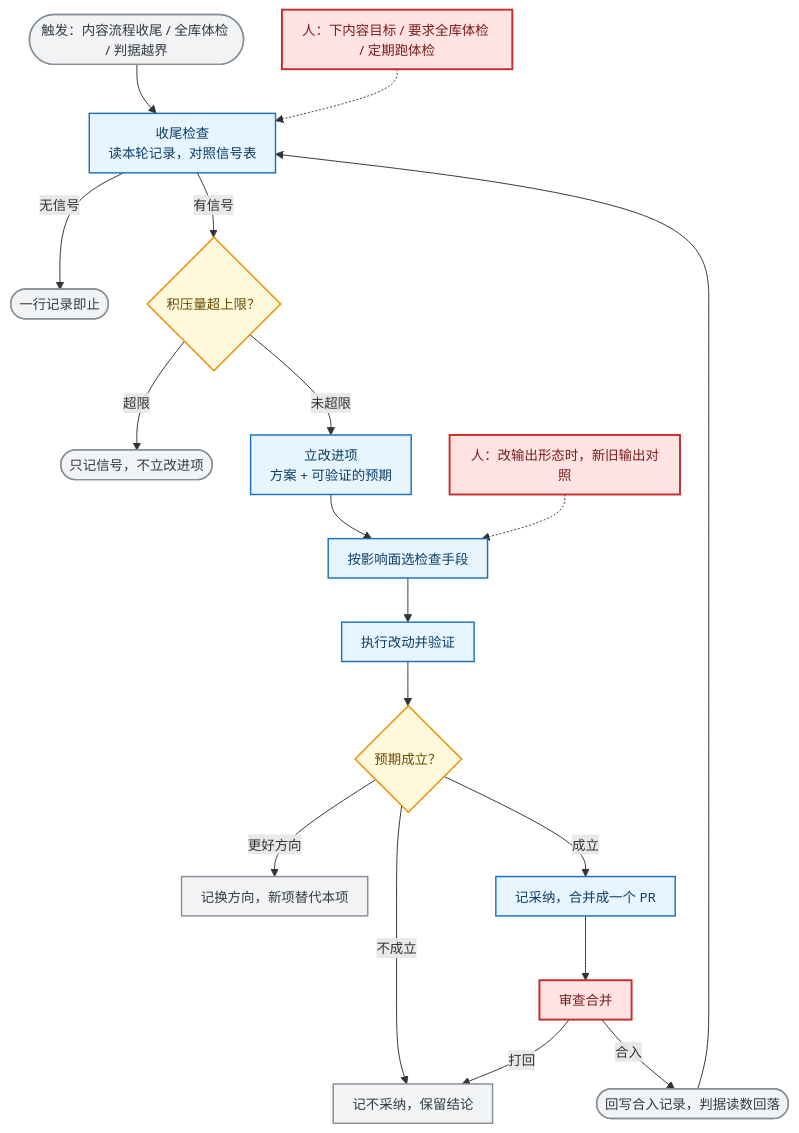
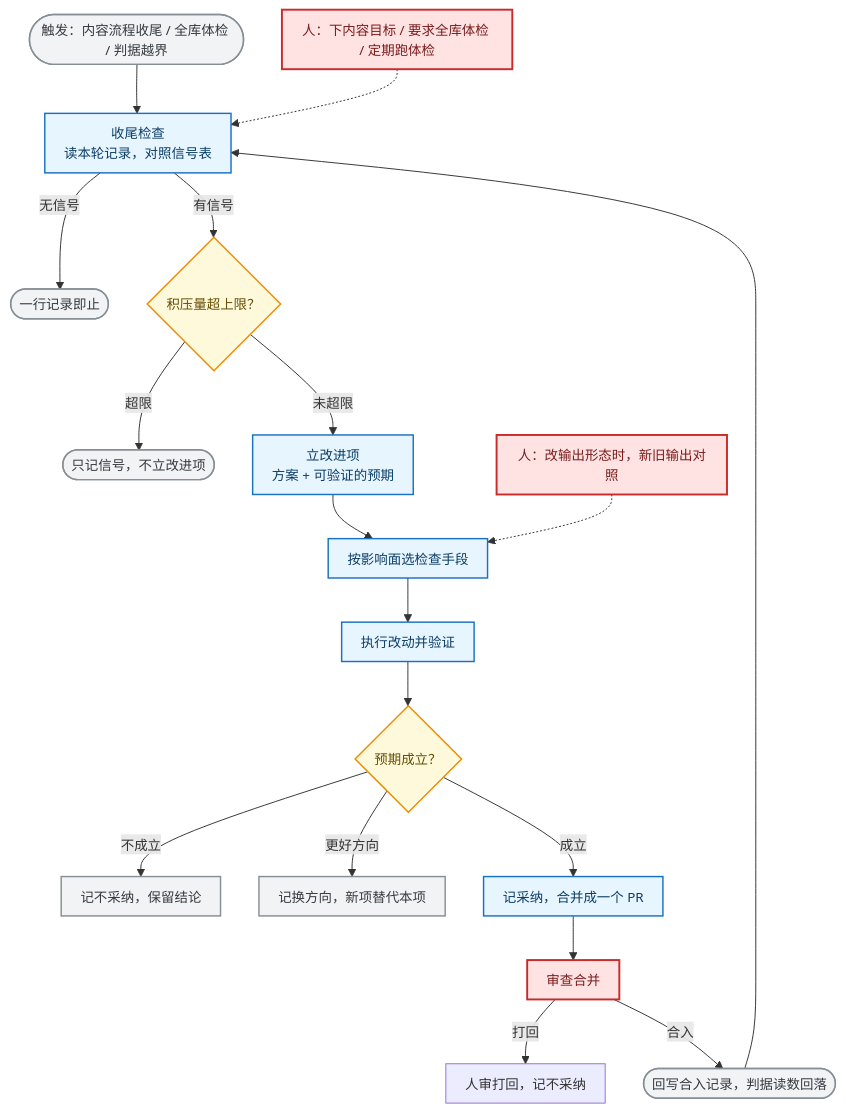
One commit to pillumina/ascend-sleuth changed the second of 3 diagrams in docs/mechanism/rsi-mechanism.md. Above: the diagram before and after it, drawn with Mermaid. The commit also changed other lines of this file, not shown here.

Commit message:
docs(机制): rsi-mechanism.md 收尾修正（三种终局点名、§8 拆句去粗体、图拆框、名词对照补区分）

````diff
--- a/docs/mechanism/rsi-mechanism.md
+++ b/docs/mechanism/rsi-mechanism.md
@@ -92,26 +92,27 @@
 ```mermaid
 %%{init: {'themeVariables':{'fontSize':'14px'},'flowchart':{'curve':'basis','nodeSpacing':40,'rankSpacing':46,'padding':10}}}%%
 flowchart TD
     T(["触发：内容流程收尾 / 全库体检 / 判据越界"]) --> A1["收尾检查<br/>读本轮记录，对照信号表"]
     A1 -->|无信号| Z1(["一行记录即止"])
     A1 -->|有信号| Q2{"积压量超上限？"}
     Q2 -->|超限| Z2(["只记信号，不立改进项"])
     Q2 -->|未超限| A4["立改进项<br/>方案 + 可验证的预期"]
     A4 --> A5["按影响面选检查手段"] --> A6["执行改动并验证"] --> Q3{"预期成立？"}
     Q3 -->|不成立| Z3["记不采纳，保留结论"]
     Q3 -->|更好方向| Z4["记换方向，新项替代本项"]
-    Q3 -->|成立| A11["记采纳，合并成一个 PR"] --> M3["审查合并"]
-    M3 -->|打回| Z3
+    Q3 -->|成立| A11["记采纳，合并成一个 PR"]
+    A11 --> M3["审查合并"]
+    M3 -->|打回| Z5["人审打回，记不采纳"]
     M3 -->|合入| DONE(["回写合入记录，判据读数回落"]) --> A1
     M1["人：下内容目标 / 要求全库体检 / 定期跑体检"] -.-> A1
     M2["人：改输出形态时，新旧输出对照"] -.-> A5
 
     classDef auto fill:#e7f5ff,stroke:#1971c2,stroke-width:1.5px,color:#0b3d66
     classDef dec fill:#fff9db,stroke:#f08c00,stroke-width:1.5px,color:#664d03
     classDef human fill:#ffe3e3,stroke:#c92a2a,stroke-width:2px,color:#7a1c1c
     classDef term fill:#f1f3f5,stroke:#868e96,stroke-width:1.5px,color:#343a40
     class A1,A4,A5,A6,A11 auto
     class Q2,Q3 dec
     class M1,M2,M3 human
     class T,Z1,Z2,Z3,Z4,DONE term
 ```
````
